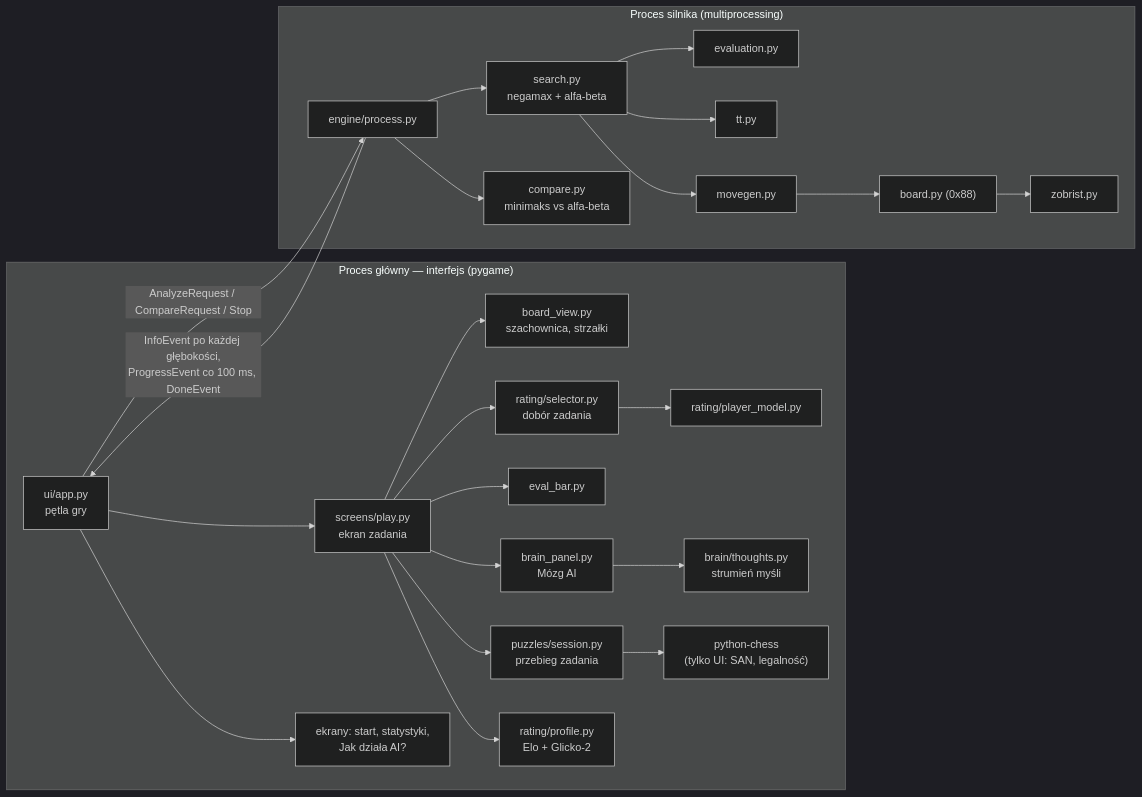
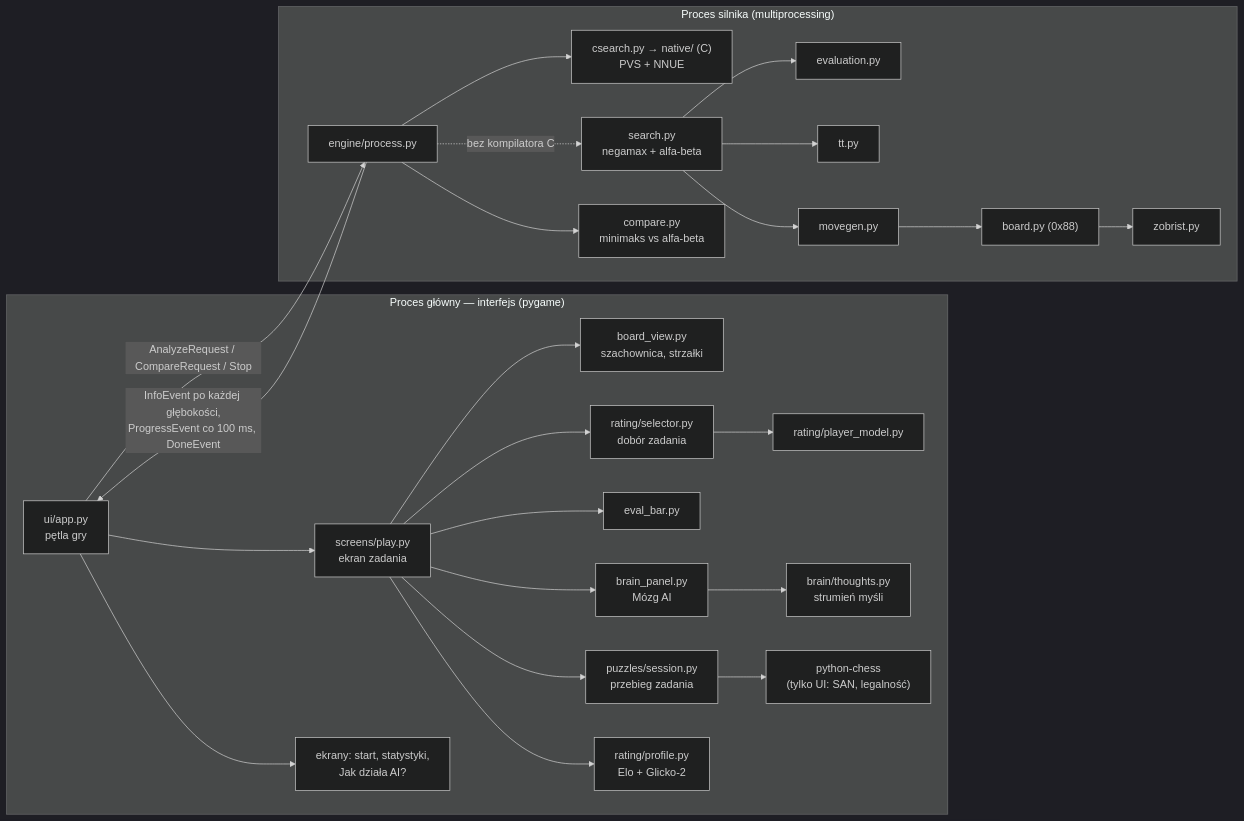
Before and after one commit to Snolfed/tacticmind: the first of 2 diagrams in README.md, drawn with Mermaid (dark theme). The commit also changed other lines of this file and 24 other files, not shown here.

First line of the commit message:
C engine with NNUE evaluation (#2)

````diff
--- a/README.md
+++ b/README.md
@@ -196,27 +217,28 @@
 ```mermaid
 flowchart LR
     subgraph UI["Proces główny — interfejs (pygame)"]
         App["ui/app.py<br/>pętla gry"] --> Play["screens/play.py<br/>ekran zadania"]
         App --> Other["ekrany: start, statystyki,<br/>Jak działa AI?"]
         Play --> BoardView["board_view.py<br/>szachownica, strzałki"]
         Play --> Brain["brain_panel.py<br/>Mózg AI"]
         Play --> EvalBar["eval_bar.py"]
         Play --> Session["puzzles/session.py<br/>przebieg zadania"]
         Play --> Selector["rating/selector.py<br/>dobór zadania"]
         Selector --> Model["rating/player_model.py"]
         Play --> Profile["rating/profile.py<br/>Elo + Glicko-2"]
         Brain --> Thoughts["brain/thoughts.py<br/>strumień myśli"]
         Session --> PyChess["python-chess<br/>(tylko UI: SAN, legalność)"]
     end
     subgraph ENG["Proces silnika (multiprocessing)"]
-        Proc["engine/process.py"] --> Search["search.py<br/>negamax + alfa-beta"]
+        Proc["engine/process.py"] --> CSearch["csearch.py → native/ (C)<br/>PVS + NNUE"]
+        Proc -. "bez kompilatora C" .-> Search["search.py<br/>negamax + alfa-beta"]
         Proc --> Compare["compare.py<br/>minimaks vs alfa-beta"]
         Search --> Eval["evaluation.py"]
         Search --> TT["tt.py"]
         Search --> MoveGen["movegen.py"]
         MoveGen --> Board["board.py (0x88)"]
         Board --> Zobrist["zobrist.py"]
     end
     App -- "AnalyzeRequest / CompareRequest / Stop" --> Proc
     Proc -- "InfoEvent po każdej głębokości,<br/>ProgressEvent co 100 ms, DoneEvent" --> App
 ```
````
